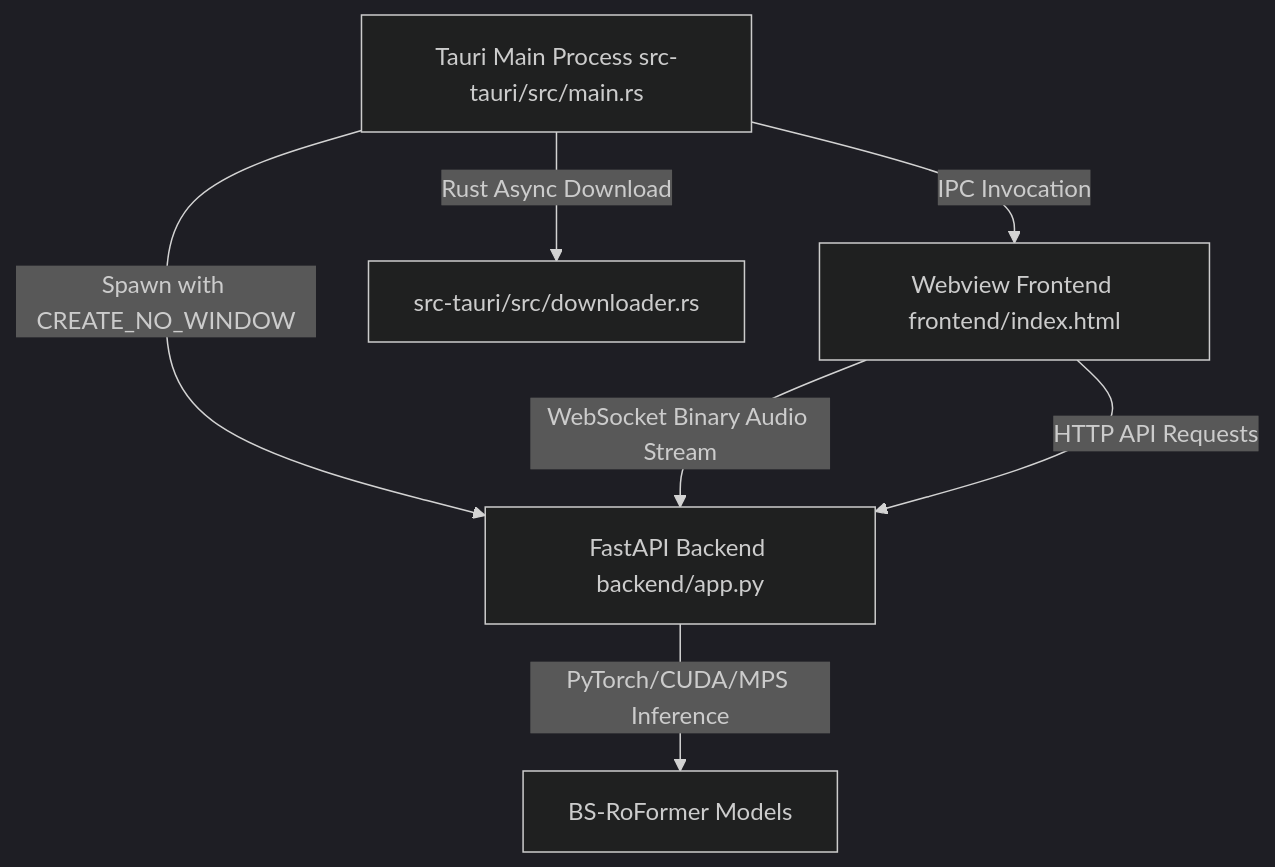
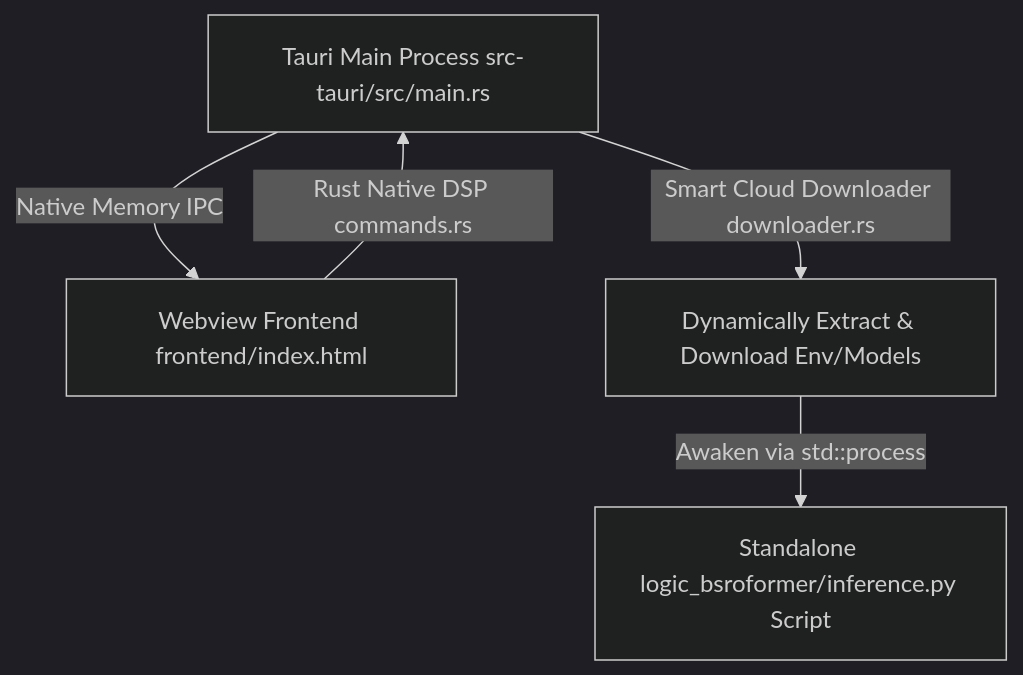
Before and after one commit to DX-Protst/VocalMap-Release: the diagram in docs/README_CORE_EN.md, drawn with Mermaid (dark theme). The commit also changed other lines of this file and 43 other files, not shown here.

````diff
--- a/docs/README_CORE_EN.md
+++ b/docs/README_CORE_EN.md
@@ -65,9 +49,7 @@
 ```mermaid
 graph TD
-    A[Tauri Main Process src-tauri/src/main.rs] -->|Spawn with CREATE_NO_WINDOW| B[FastAPI Backend backend/app.py]
-    A -->|IPC Invocation| C[Webview Frontend frontend/index.html]
-    A -->|Rust Async Download| E[src-tauri/src/downloader.rs]
-    C -->|WebSocket Binary Audio Stream| B
-    C -->|HTTP API Requests| B
-    B -->|PyTorch/CUDA/MPS Inference| D[BS-RoFormer Models]
+    A[Tauri Main Process src-tauri/src/main.rs] -->|Native Memory IPC| C[Webview Frontend frontend/index.html]
+    A -->|Smart Cloud Downloader downloader.rs| E[Dynamically Extract & Download Env/Models]
+    C -->|Rust Native DSP commands.rs| A
+    E -->|Awaken via std::process| D[Standalone logic_bsroformer/inference.py Script]
 ```
````
